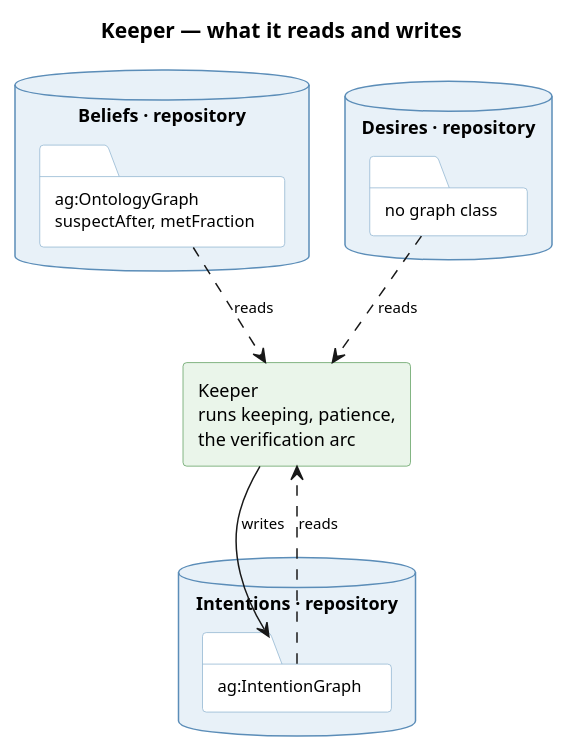
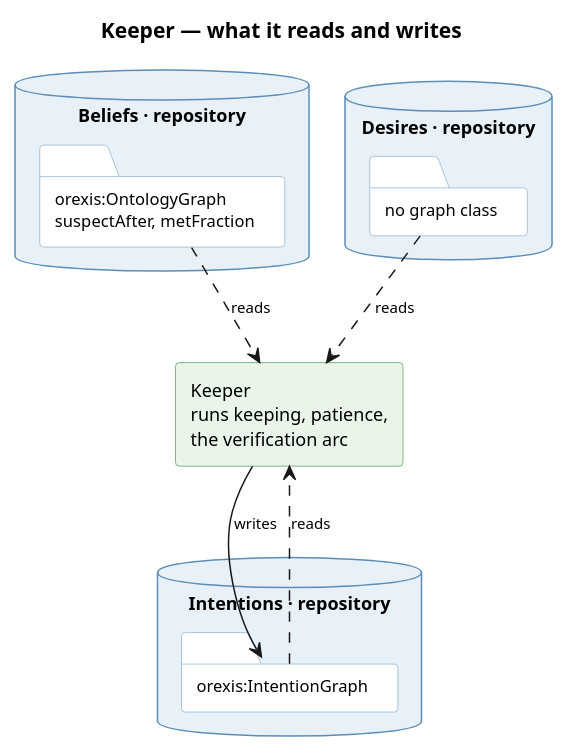
The diagram in knowledge/diagrams/service-keeper.puml (ShishkinDmitriy/orexis), drawn with PlantUML before and after one commit. The commit also changed 296 other files, not shown here.

```diff
--- a/knowledge/diagrams/service-keeper.puml
+++ b/knowledge/diagrams/service-keeper.puml
@@ -1,44 +1,44 @@
 @startuml service-keeper
 title Keeper — what it reads and writes
 
 skinparam componentStyle rectangle
 skinparam shadowing false
 skinparam defaultFontSize 12
 skinparam titleFontSize 14
 skinparam ArrowFontSize 10
 skinparam database {
   BackgroundColor #E8F1F8
   BorderColor #5B8DB8
 }
 skinparam folder {
   BackgroundColor #FFFFFF
   BorderColor #8FB4D0
   FontSize 11
 }
 skinparam component {
   BackgroundColor #EAF5EA
   BorderColor #5E9E5E
 }
 
 
 database "Intentions · repository" as INT {
-  folder "ag:IntentionGraph" as I
+  folder "orexis:IntentionGraph" as I
 }
 
 database "Beliefs · repository" as BEL {
-  folder "ag:OntologyGraph\nsuspectAfter, metFraction" as ON
+  folder "orexis:OntologyGraph\nsuspectAfter, metFraction" as ON
 }
 
 database "Desires · repository" as DES {
   folder "no graph class" as X
 }
 
 component "Keeper\nruns keeping, patience,\nthe verification arc" as KE
 
 
 I ..> KE : reads
 ON ..> KE : reads
 X ..> KE : reads
 KE --> I : writes
 
 @enduml
```
